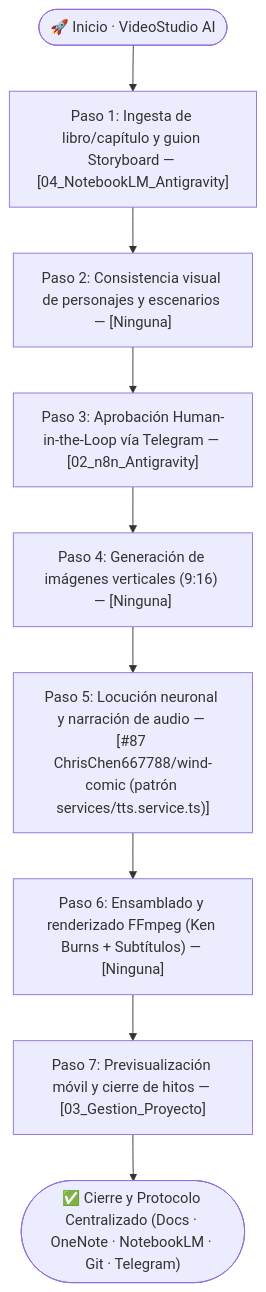
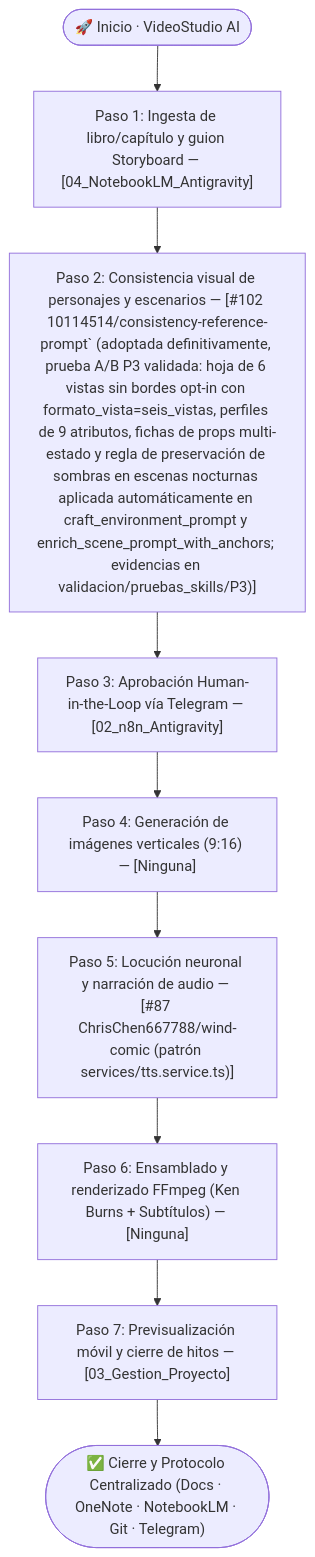
Before and after one commit to Guivila-GVL/VideoStudio_AI: the diagram in docs/ARQUITECTURA_PROCESO.md, drawn with Mermaid. The commit also changed other lines of this file and 62 other files, not shown here.

Commit message:
feat(hito): Implementar definitivamente #102 10114514/consistency-reference-prompt en 2. Consistencia visual de personajes y escenarios (#P3) [protocolo-completado]

````diff
--- a/docs/ARQUITECTURA_PROCESO.md
+++ b/docs/ARQUITECTURA_PROCESO.md
@@ -8,20 +8,20 @@
 ```mermaid
 flowchart TD
     START(["🚀 Inicio · VideoStudio AI"])
     P1["Paso 1: Ingesta de libro/capítulo y guion Storyboard — [04_NotebookLM_Antigravity]"]
     START --> P1
-    P2["Paso 2: Consistencia visual de personajes y escenarios — [Ninguna]"]
+    P2["Paso 2: Consistencia visual de personajes y escenarios — [#102 10114514/consistency-reference-prompt` (adoptada definitivamente, prueba A/B P3 validada: hoja de 6 vistas sin bordes opt-in con formato_vista=seis_vistas, perfiles de 9 atributos, fichas de props multi-estado y regla de preservación de sombras en escenas nocturnas aplicada automáticamente en craft_environment_prompt y enrich_scene_prompt_with_anchors; evidencias en validacion/pruebas_skills/P3)]"]
     P1 --> P2
     P3["Paso 3: Aprobación Human-in-the-Loop vía Telegram — [02_n8n_Antigravity]"]
     P2 --> P3
     P4["Paso 4: Generación de imágenes verticales (9:16) — [Ninguna]"]
     P3 --> P4
     P5["Paso 5: Locución neuronal y narración de audio — [#87 ChrisChen667788/wind-comic (patrón services/tts.service.ts)]"]
     P4 --> P5
     P6["Paso 6: Ensamblado y renderizado FFmpeg (Ken Burns + Subtítulos) — [Ninguna]"]
     P5 --> P6
     P7["Paso 7: Previsualización móvil y cierre de hitos — [03_Gestion_Proyecto]"]
     P6 --> P7
     END_NODE(["✅ Cierre y Protocolo Centralizado (Docs · OneNote · NotebookLM · Git · Telegram)"])
     P7 --> END_NODE
 ```
````
